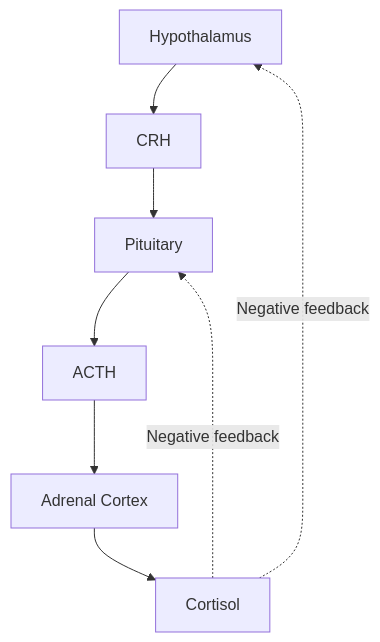
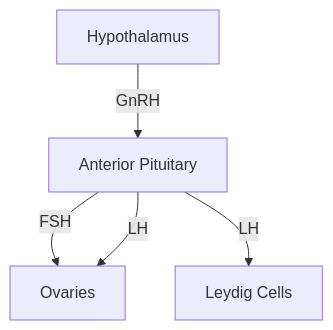
One commit to dmurali12/TheBox changed the diagram in Reproductive Axis.md. Above: the diagram before and after it, drawn with Mermaid. The commit also changed other lines of this file and 2 other files, not shown here.

Commit message:
vault backup: 2025-11-04 17:56:13

````diff
--- a/Reproductive Axis.md
+++ b/Reproductive Axis.md
@@ -1,10 +1,12 @@
 ```mermaid
 graph TD
-A[Hypothalamus] --> B[CRH]
-B --> C[Pituitary]
-C --> D[ACTH]
-D --> E[Adrenal Cortex]
-E --> F[Cortisol]
-F -.->|Negative feedback| A
-F -.->|Negative feedback| C
+H[Hypothalamus]
+AP[Anterior Pituitary]
+O[Ovaries]
+L[Leydig Cells]
+
+H--> |GnRH| AP
+AP -->|FSH| O
+AP --> |LH| O
+AP --> |LH| L
 ```
````
